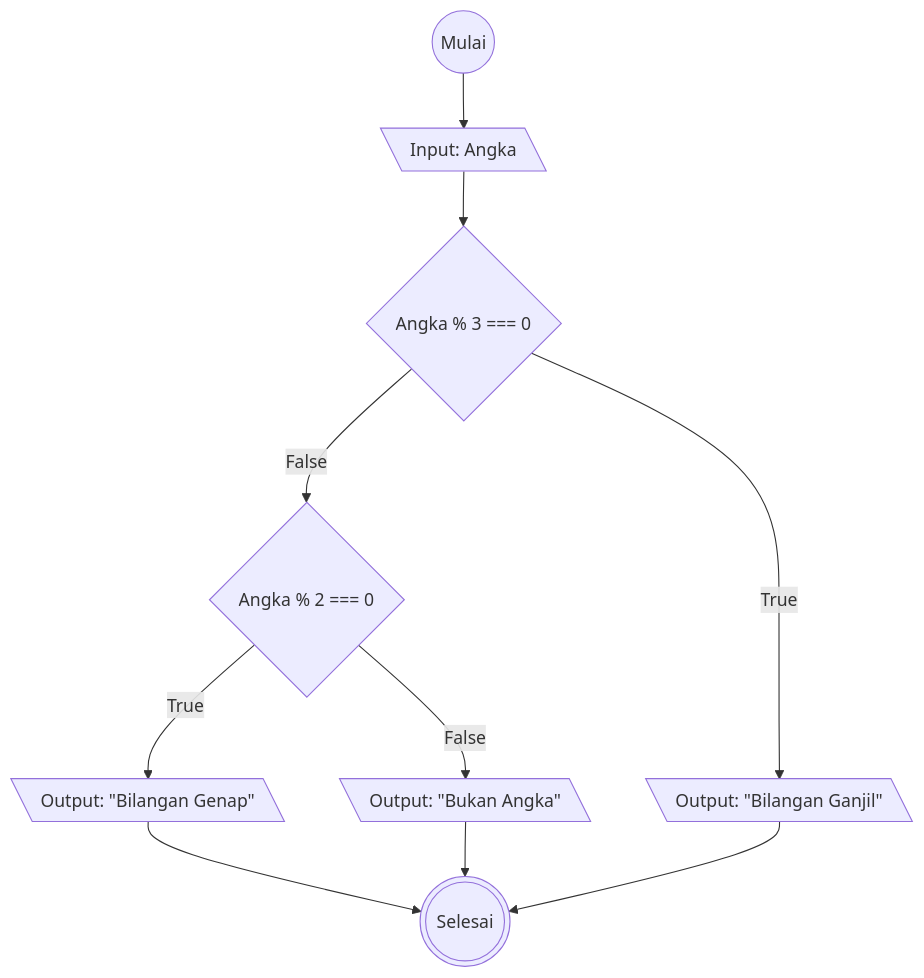
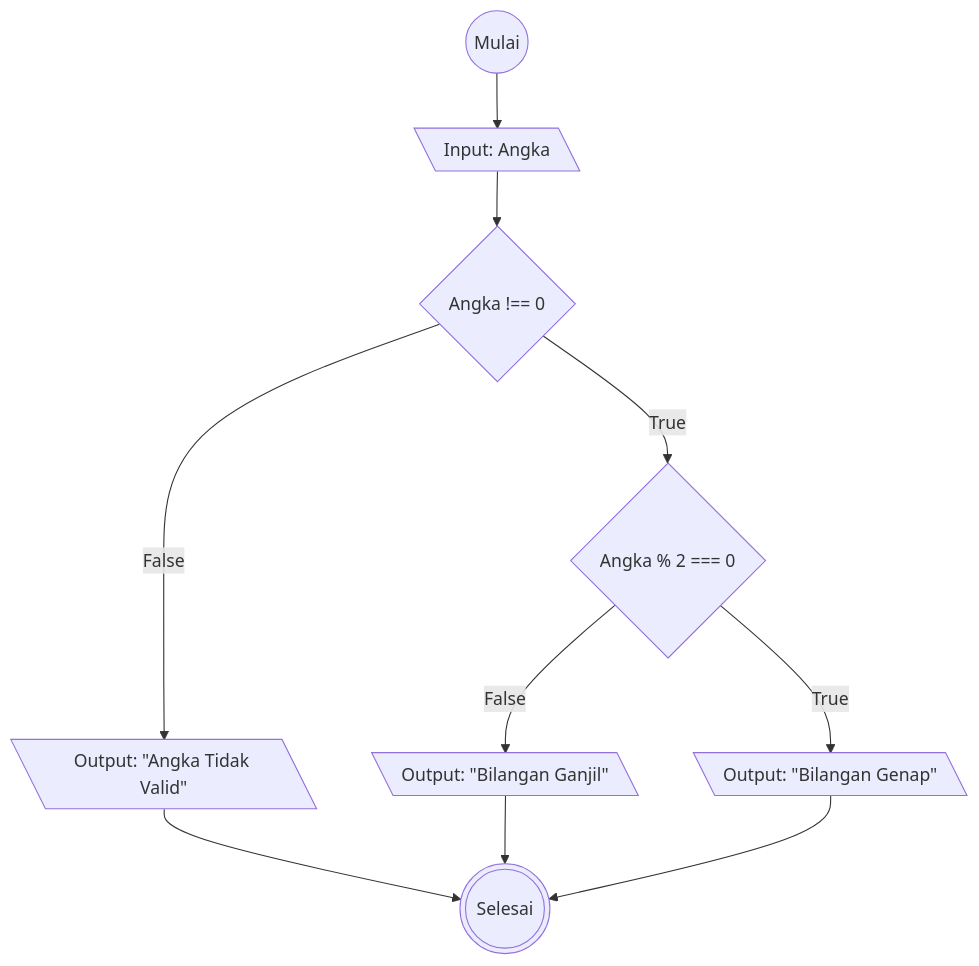
Before and after one commit to rezafauzan/koda-b6-algoritma: the diagram in flowchart-ganjil-genap.md, drawn with Mermaid. The commit also changed 1 other file, not shown here.

Commit message:
Remaster: Descriptive Algorithm and Flowchart of odd or even number

````diff
--- a/flowchart-ganjil-genap.md
+++ b/flowchart-ganjil-genap.md
@@ -1,16 +1,17 @@
 ```mermaid
 flowchart TD
 
 start@{"shape":"circle",  "label": "Mulai"}
 b@{"shape":"lean-l",  "label": "Input: Angka"}
-c@{"shape":"diamond",  "label": "Angka % 3 === 0"}
-d@{"shape":"lean-l",  "label": "Output: #quot;Bilangan Ganjil#quot;"}
+c@{"shape":"diamond",  "label": "Angka !== 0"}
+d@{"shape":"lean-l",  "label": "Output: #quot;Angka Tidak Valid#quot;"}
 e@{"shape":"diamond",  "label": "Angka % 2 === 0"}
-f@{"shape":"lean-l",  "label": "Output: #quot;Bilangan Genap#quot;"}
-g@{"shape":"lean-l",  "label": "Output: #quot;Bukan Angka#quot;"}
+f@{"shape":"lean-l",  "label": "Output: #quot;Bilangan Ganjil#quot;"}
+g@{"shape":"lean-l",  "label": "Output: #quot;Bilangan Genap#quot;"}
 h@{"shape":"dbl-circ",  "label": "Selesai"}
 
-start-->b-->c--False-->e--True-->f-->h
-c--True-->d-->h
-e--False-->g-->h
+start-->b-->c--True-->e
+c--False-->d-->h
+e--False-->f-->h
+e--True-->g-->h
 ```
````
